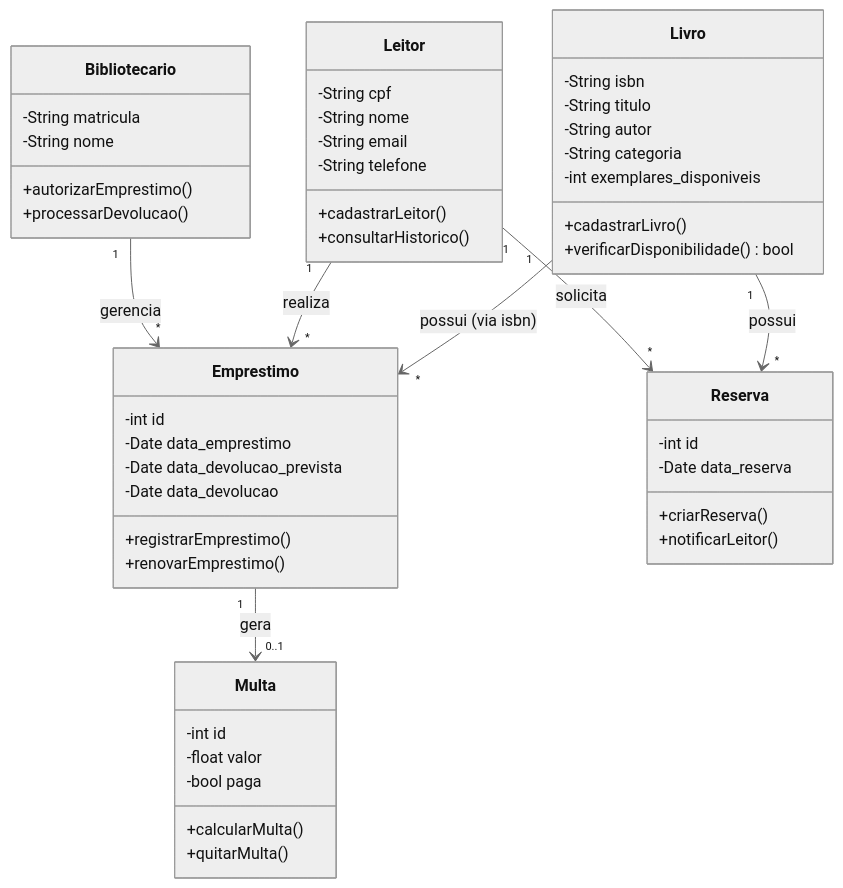
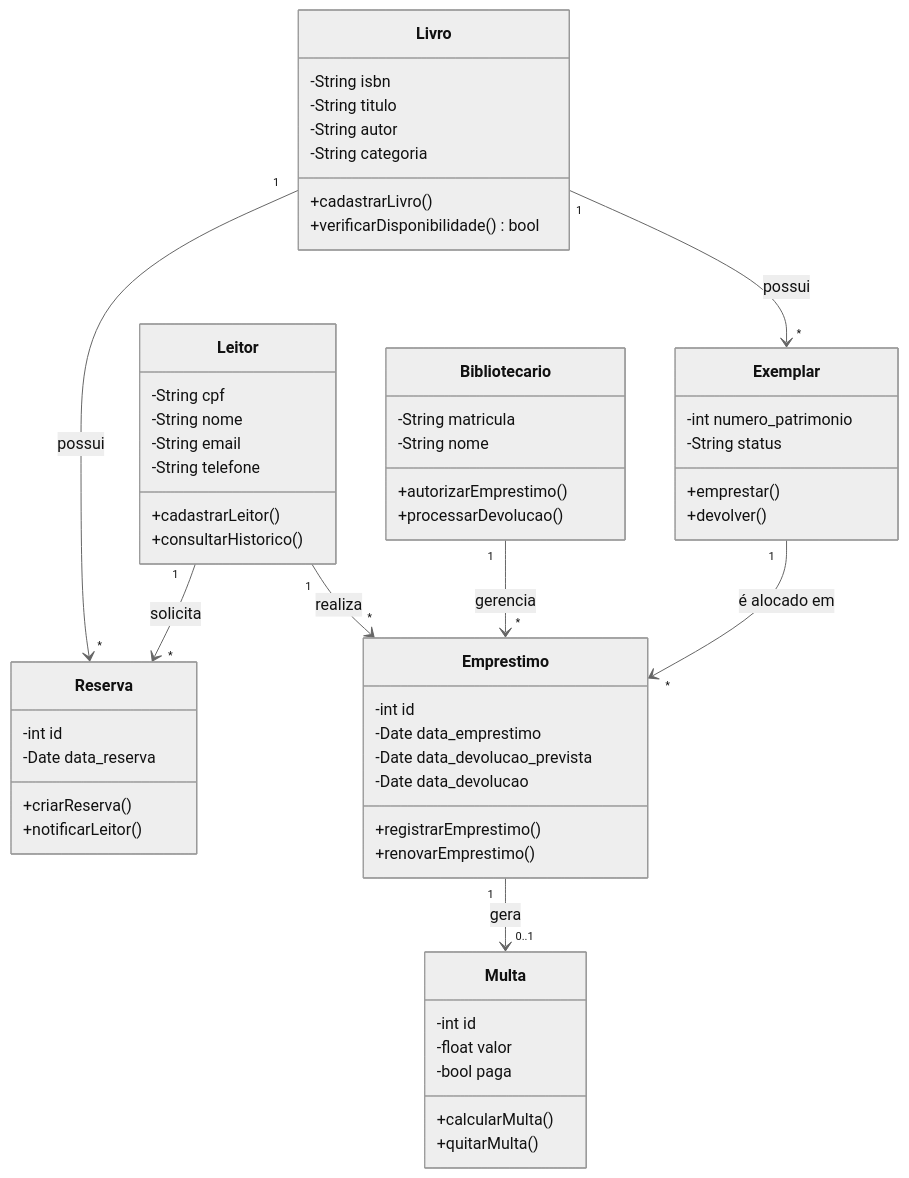
The first of 3 diagrams in modelagem-uml.md (lucasmzzz/es1-pratica-avaliada-2), drawn with Mermaid (neutral theme) before and after one commit. The commit also changed 1 other file, not shown here.

Commit message:
fix: inclui a classe Exemplar no Diagrama de Classes para atendimento integral ao enunciado

````diff
--- a/modelagem-uml.md
+++ b/modelagem-uml.md
@@ -5,59 +5,66 @@
 ```mermaid
 classDiagram
     class Livro {
         -String isbn
         -String titulo
         -String autor
         -String categoria
-        -int exemplares_disponiveis
         +cadastrarLivro()
         +verificarDisponibilidade() bool
+    }
+    
+    class Exemplar {
+        -int numero_patrimonio
+        -String status
+        +emprestar()
+        +devolver()
     }
     
     class Leitor {
         -String cpf
         -String nome
         -String email
         -String telefone
         +cadastrarLeitor()
         +consultarHistorico()
     }
     
     class Emprestimo {
         -int id
         -Date data_emprestimo
         -Date data_devolucao_prevista
         -Date data_devolucao
         +registrarEmprestimo()
         +renovarEmprestimo()
     }
     
     class Reserva {
         -int id
         -Date data_reserva
         +criarReserva()
         +notificarLeitor()
     }
     
     class Multa {
         -int id
         -float valor
         -bool paga
         +calcularMulta()
         +quitarMulta()
     }
     
     class Bibliotecario {
         -String matricula
         -String nome
         +autorizarEmprestimo()
         +processarDevolucao()
     }
 
     Bibliotecario "1" --> "*" Emprestimo : gerencia
     Leitor "1" --> "*" Emprestimo : realiza
     Leitor "1" --> "*" Reserva : solicita
+    Livro "1" --> "*" Exemplar : possui
+    Exemplar "1" --> "*" Emprestimo : é alocado em
     Livro "1" --> "*" Reserva : possui
-    Livro "1" --> "*" Emprestimo : possui (via isbn)
     Emprestimo "1" --> "0..1" Multa : gera
 ```
````
